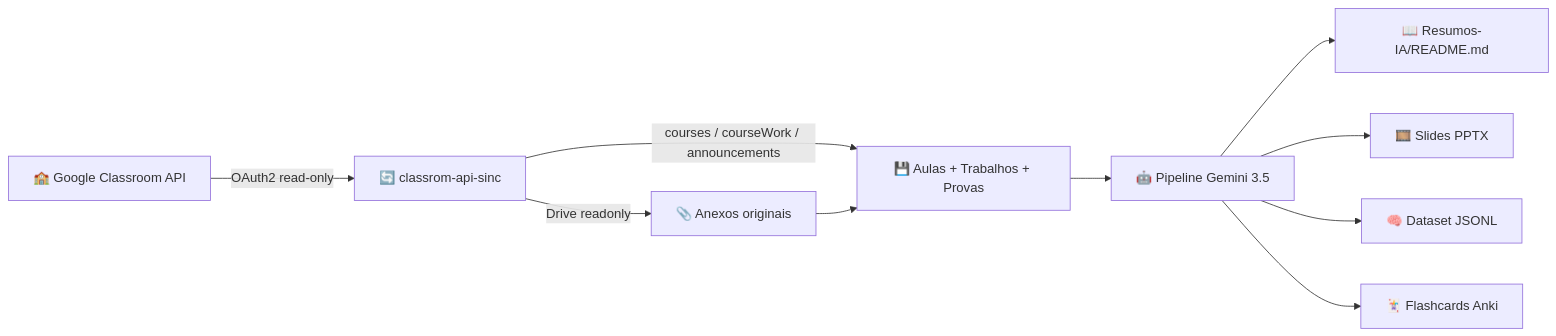
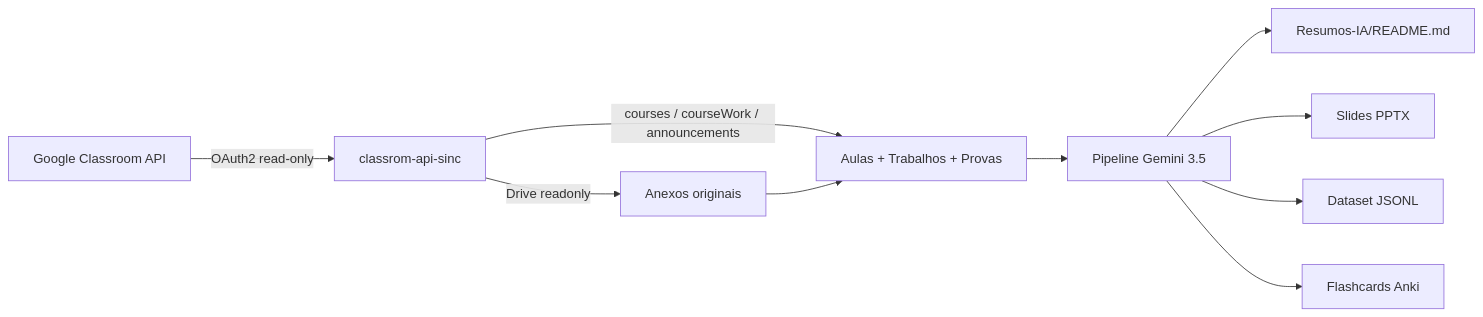
Before and after one commit to murilolol/unifef: the second of 2 diagrams in README.md, drawn with Mermaid. The commit also changed other lines of this file and 16 other files, not shown here.

````diff
--- a/README.md
+++ b/README.md
@@ -129,12 +108,12 @@
 ```mermaid
 graph LR
-    GC["🏫 Google Classroom API"] -- "OAuth2 read-only" --> Sync["🔄 classrom-api-sinc"]
-    Sync -- "courses / courseWork / announcements" --> Local["💾 Aulas + Trabalhos + Provas"]
-    Sync -- "Drive readonly" --> Files["📎 Anexos originais"]
+    GC["Google Classroom API"] -- "OAuth2 read-only" --> Sync["classrom-api-sinc"]
+    Sync -- "courses / courseWork / announcements" --> Local["Aulas + Trabalhos + Provas"]
+    Sync -- "Drive readonly" --> Files["Anexos originais"]
     Files --> Local
-    Local --> AI["🤖 Pipeline Gemini 3.5"]
-    AI --> Resumo["📖 Resumos-IA/README.md"]
-    AI --> PPTX["🎞️ Slides PPTX"]
-    AI --> JSONL["🧠 Dataset JSONL"]
-    AI --> Anki["🃏 Flashcards Anki"]
+    Local --> AI["Pipeline Gemini 3.5"]
+    AI --> Resumo["Resumos-IA/README.md"]
+    AI --> PPTX["Slides PPTX"]
+    AI --> JSONL["Dataset JSONL"]
+    AI --> Anki["Flashcards Anki"]
 ```
````
